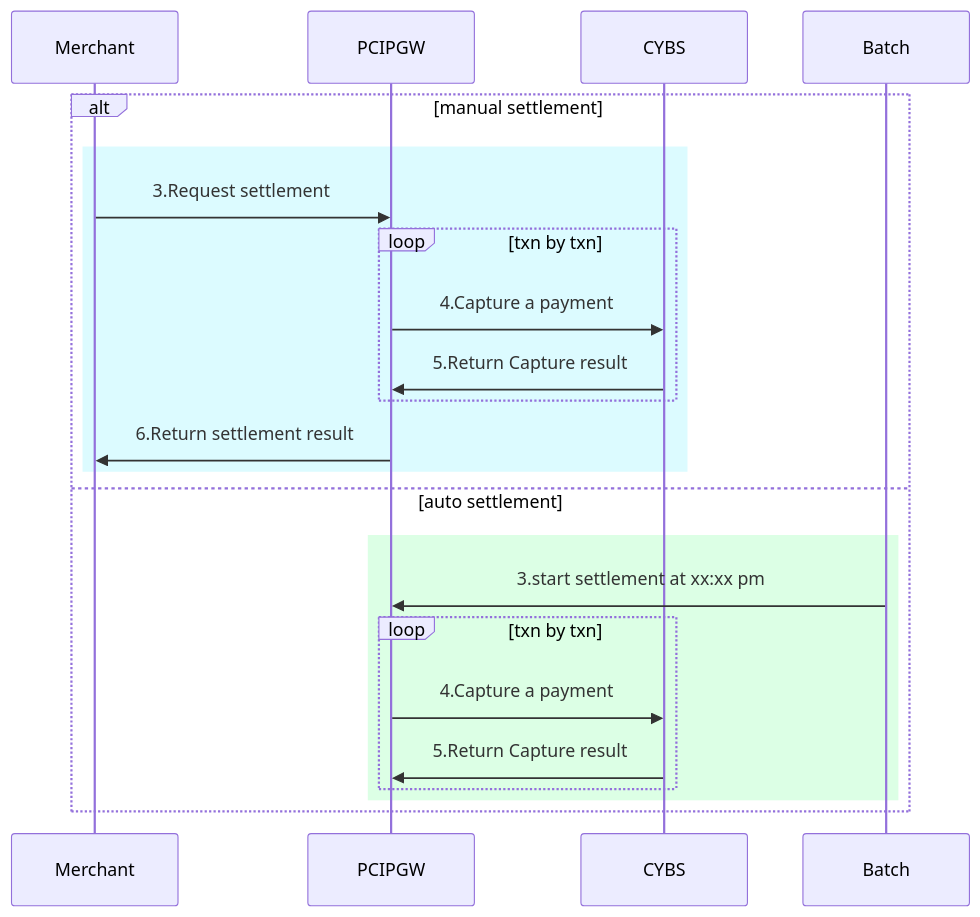
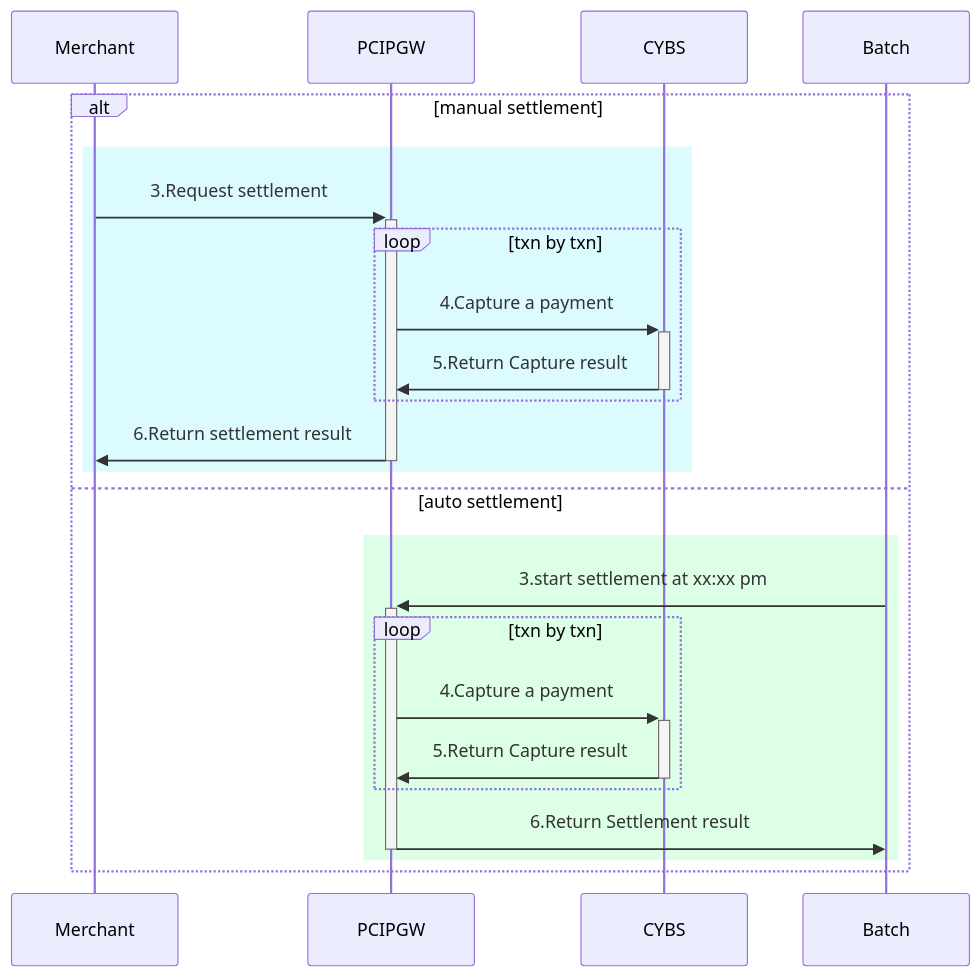
Before and after one commit to yuusuke25/MyNotes: the first of 3 diagrams in Cybs-Ph2-Flow2.md, drawn with Mermaid. The commit also changed other lines of this file, not shown here.

````diff
--- a/Cybs-Ph2-Flow2.md
+++ b/Cybs-Ph2-Flow2.md
@@ -2,21 +2,22 @@
 ```mermaid
     sequenceDiagram        
         alt manual settlement
          rect rgb(220, 251, 255)
-          Merchant->>PCIPGW:3.Request settlement
+          Merchant->>+PCIPGW:3.Request settlement
           loop txn by txn
-            PCIPGW->>CYBS:4.Capture a payment
-            CYBS->>PCIPGW:5.Return Capture result
+            PCIPGW->>+CYBS:4.Capture a payment
+            CYBS->>-PCIPGW:5.Return Capture result
           end
-          PCIPGW->>Merchant:6.Return settlement result
+          PCIPGW->>-Merchant:6.Return settlement result
          end
         else auto settlement
          rect rgb(220, 255, 229)
-          Batch->>PCIPGW:3.start settlement at xx:xx pm
+          Batch->>+PCIPGW:3.start settlement at xx:xx pm
           loop txn by txn
-            PCIPGW->>CYBS:4.Capture a payment
-            CYBS->>PCIPGW:5.Return Capture result
+            PCIPGW->>+CYBS:4.Capture a payment
+            CYBS->>-PCIPGW:5.Return Capture result
           end
+          PCIPGW->>-Batch:6.Return Settlement result
          end
         end
 ```
````
